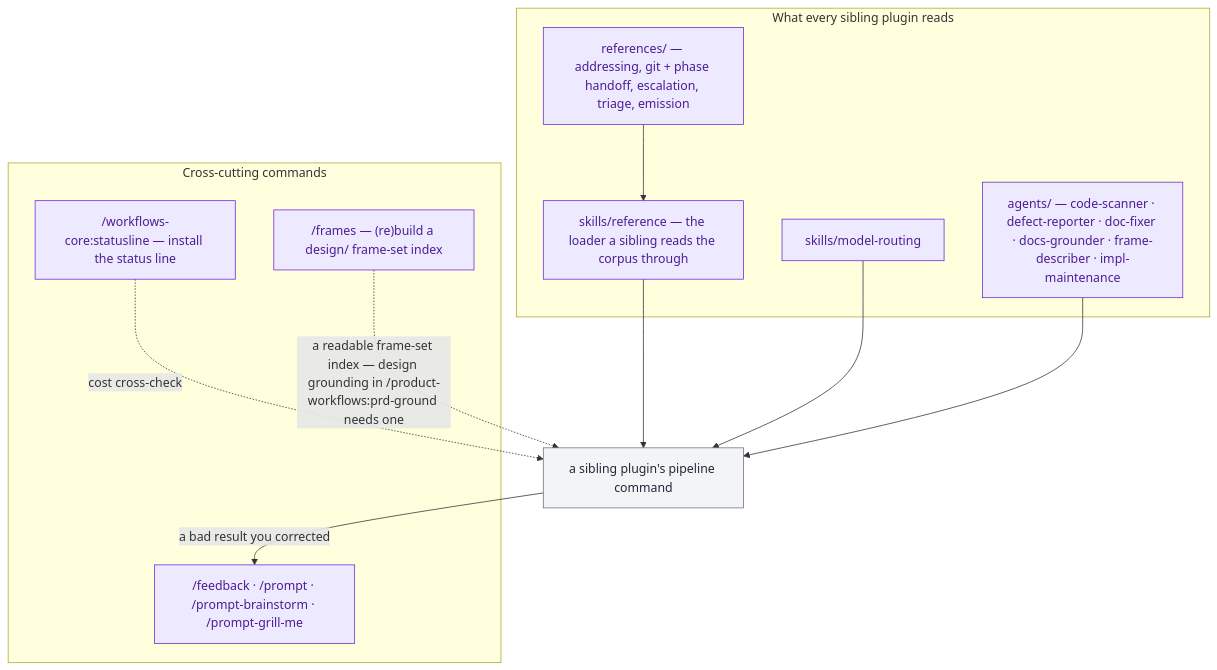
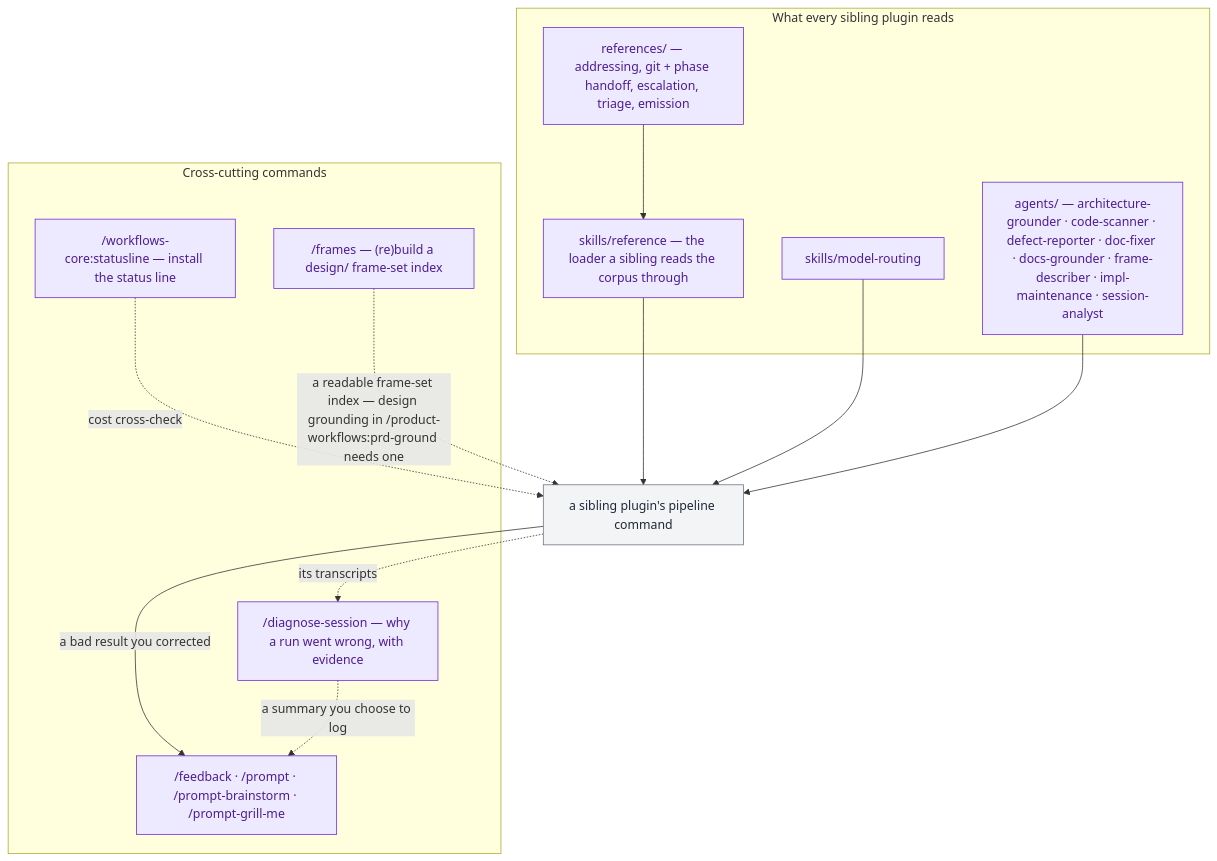
Before and after one commit to ihudak/ai-workflows: the diagram in plugins/workflows-core/docs/workflow.md, drawn with Mermaid. The commit also changed other lines of this file and 18 other files, not shown here.

First line of the commit message:
feat(workflows-core): /diagnose-session reads a session's transcripts and reports why a run went wrong

````diff
--- a/plugins/workflows-core/docs/workflow.md
+++ b/plugins/workflows-core/docs/workflow.md
@@ -5,26 +5,29 @@
 ```mermaid
 flowchart TD
     subgraph CORPUS["What every sibling plugin reads"]
         refs["references/ — addressing, git + phase handoff, escalation, triage, emission"]:::core
         loader["skills/reference — the loader a sibling reads the corpus through"]:::core
         skill["skills/model-routing"]:::core
-        agents["agents/ — code-scanner · defect-reporter · doc-fixer · docs-grounder · frame-describer · impl-maintenance"]:::core
+        agents["agents/ — architecture-grounder · code-scanner · defect-reporter · doc-fixer · docs-grounder · frame-describer · impl-maintenance · session-analyst"]:::core
     end
     subgraph CROSS["Cross-cutting commands"]
         setup["/workflows-core:statusline — install the status line"]:::core
         repair["/frames — (re)build a design/ frame-set index"]:::core
         improve["/feedback · /prompt · /prompt-brainstorm · /prompt-grill-me"]:::core
+        diagnose["/diagnose-session — why a run went wrong, with evidence"]:::core
     end
     pipeline["a sibling plugin's pipeline command"]:::other
 
     refs --> loader
     loader --> pipeline
     skill --> pipeline
     agents --> pipeline
     pipeline -->|a bad result you corrected| improve
+    pipeline -.->|its transcripts| diagnose
+    diagnose -.->|a summary you choose to log| improve
     setup -.->|cost cross-check| pipeline
     repair -.->|"a readable frame-set index — design grounding in /product-workflows:prd-ground needs one"| pipeline
 
     classDef core fill:#ede9fe,stroke:#6d28d9,color:#4c1d95
     classDef other fill:#f3f4f6,stroke:#6b7280,color:#1f2937
 ```
````
